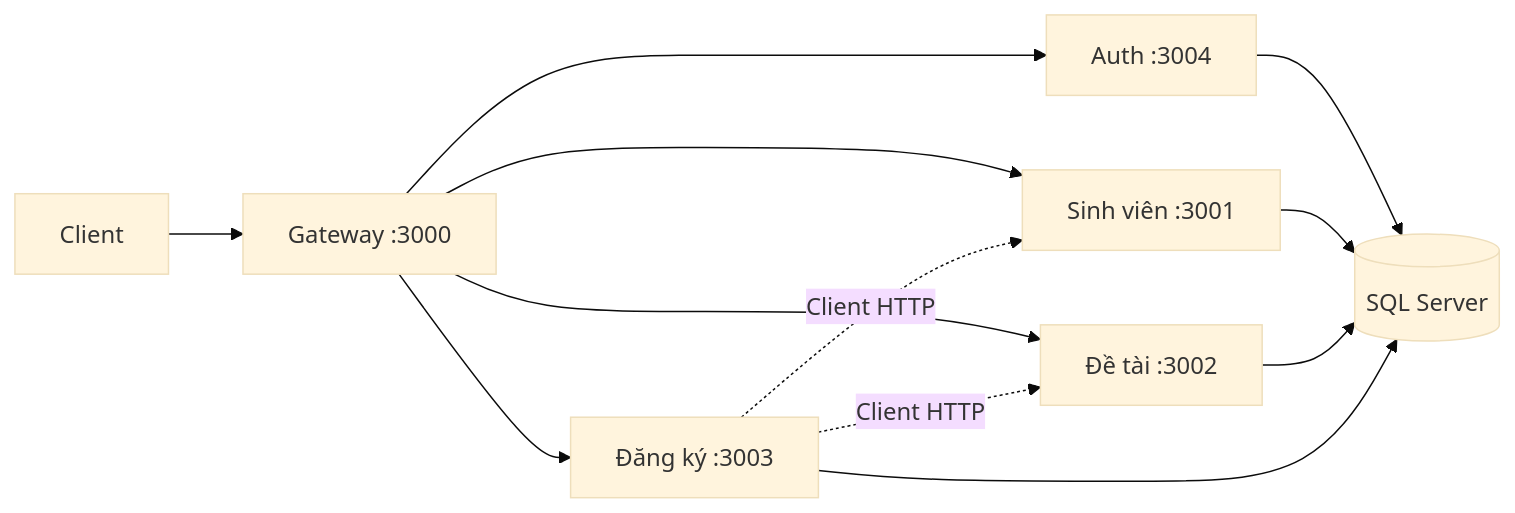
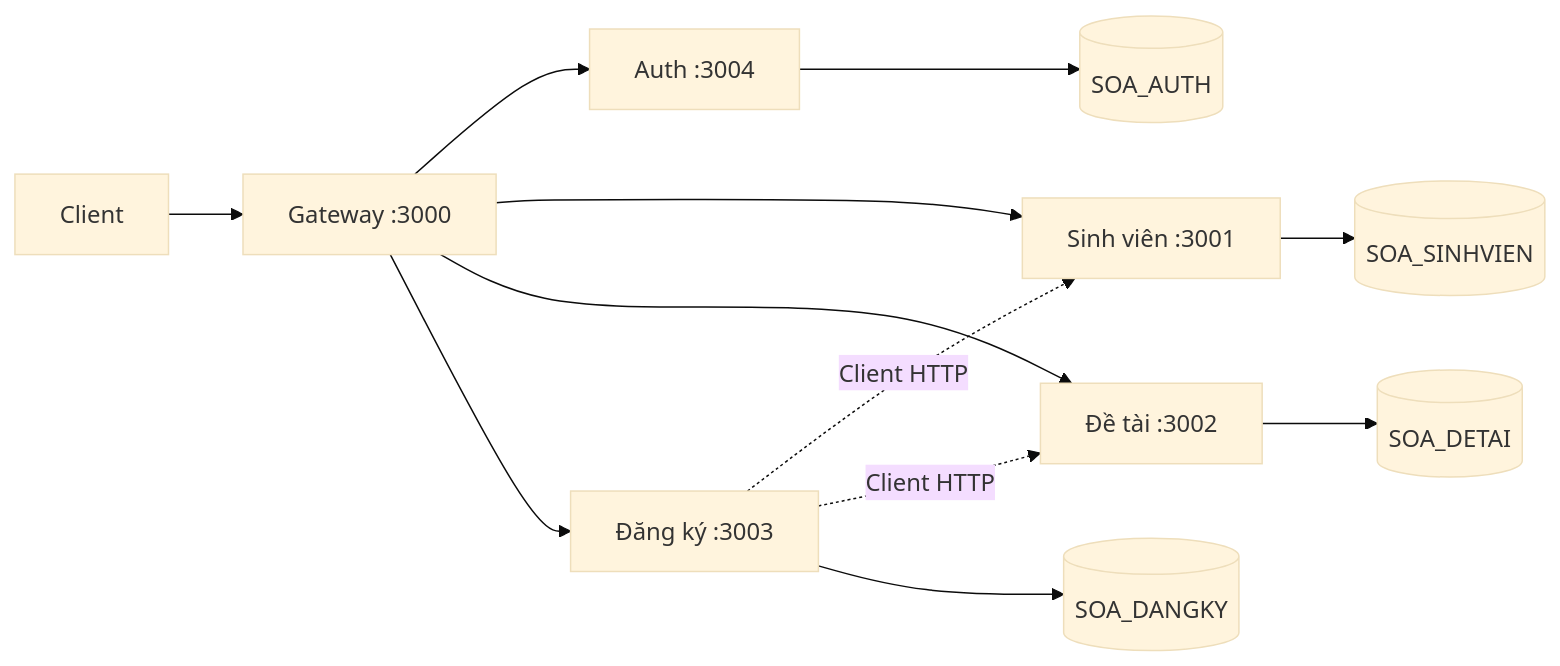
Before and after one commit to tuwns05/Demo_Nest_JS_SOA: the diagram in README.md, drawn with Mermaid (base theme). The commit also changed other lines of this file and 64 other files, not shown here.

````diff
--- a/README.md
+++ b/README.md
@@ -5,11 +5,14 @@
 ```mermaid
 flowchart LR
   C[Client] --> G[Gateway :3000]
   G --> A[Auth :3004]
   G --> S[Sinh viên :3001]
   G --> D[Đề tài :3002]
   G --> K[Đăng ký :3003]
   K -. Client HTTP .-> S
   K -. Client HTTP .-> D
-  A & S & D & K --> DB[(SQL Server)]
+  A --> DBA[(SOA_AUTH)]
+  S --> DBS[(SOA_SINHVIEN)]
+  D --> DBD[(SOA_DETAI)]
+  K --> DBK[(SOA_DANGKY)]
 ```
````
